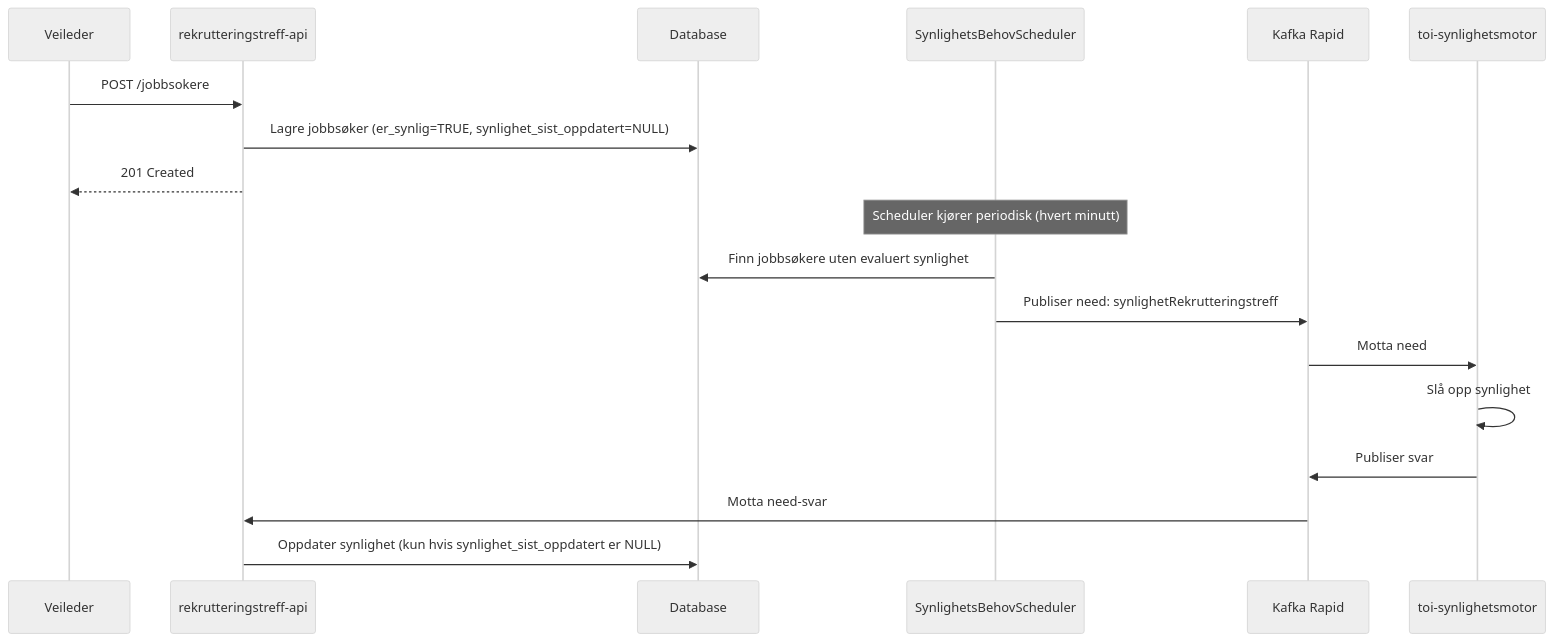
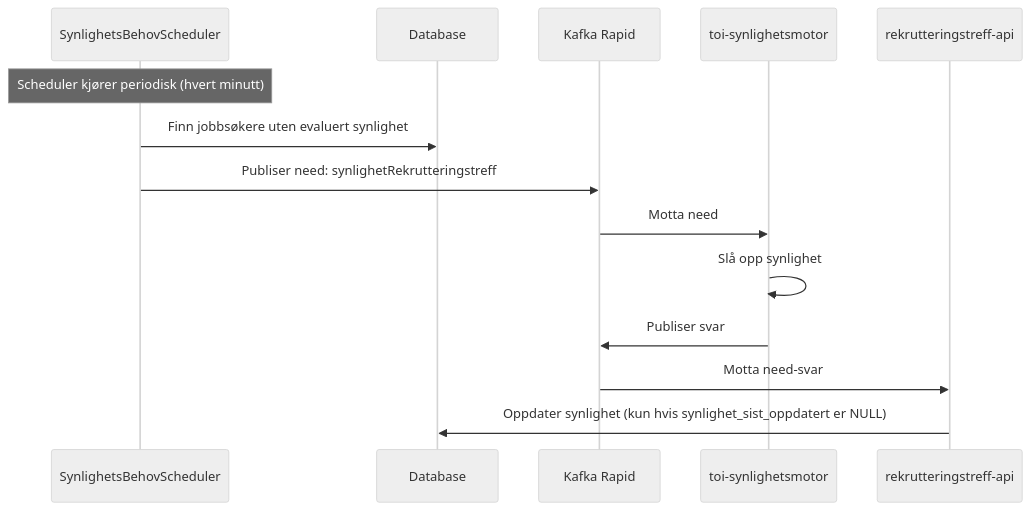
Before and after one commit to navikt/rekrutteringstreff-backend: the third of 5 diagrams in docs/3-sikkerhet/synlighet.md, drawn with Mermaid (neutral theme). The commit also changed other lines of this file, not shown here.

Commit message:
Oppdatert synlighetsdiaram

````diff
--- a/docs/3-sikkerhet/synlighet.md
+++ b/docs/3-sikkerhet/synlighet.md
@@ -60,24 +73,19 @@
 ```mermaid
 sequenceDiagram
-    participant V as Veileder
-    participant API as rekrutteringstreff-api
+    participant Sched as SynlighetsBehovScheduler
     participant DB as Database
-    participant Sched as SynlighetsBehovScheduler
     participant Kafka as Kafka Rapid
     participant SM as toi-synlighetsmotor
-
-    V->>API: POST /jobbsokere
-    API->>DB: Lagre jobbsøker (er_synlig=TRUE, synlighet_sist_oppdatert=NULL)
-    API-->>V: 201 Created
+    participant API as rekrutteringstreff-api
 
     Note over Sched: Scheduler kjører periodisk (hvert minutt)
     Sched->>DB: Finn jobbsøkere uten evaluert synlighet
     Sched->>Kafka: Publiser need: synlighetRekrutteringstreff
 
     Kafka->>SM: Motta need
     SM->>SM: Slå opp synlighet
     SM->>Kafka: Publiser svar
 
     Kafka->>API: Motta need-svar
     API->>DB: Oppdater synlighet (kun hvis synlighet_sist_oppdatert er NULL)
 ```
````
